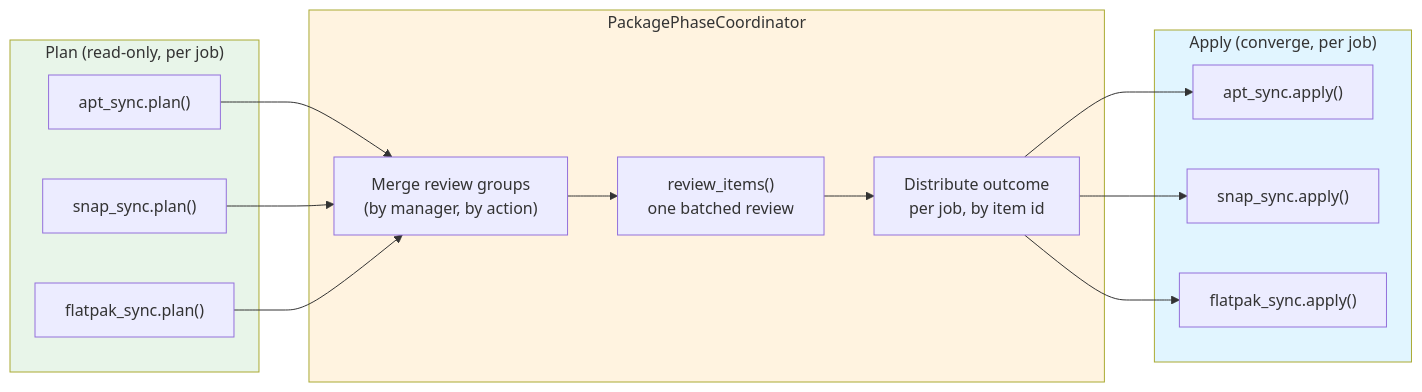
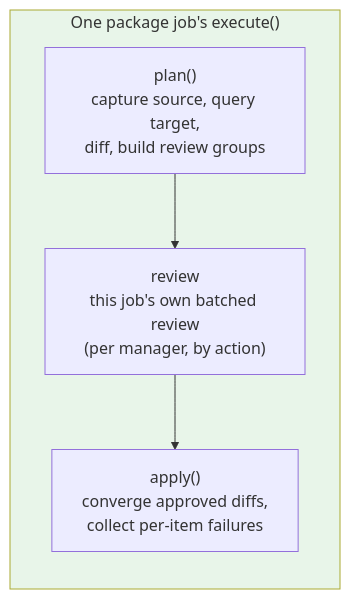
One commit to flaksit/pc-switcher changed the seventh of 7 diagrams in docs/system/architecture.md. Above: the diagram before and after it, drawn with Mermaid. The commit also changed other lines of this file and 2 other files, not shown here.

Commit message:
docs(02-20): correct docs/system living specs to post-delta package design
- Remove PackagePhaseCoordinator from architecture.md; describe each package
  job running plan/review/apply inside its own execute(), replace coordinator
  Mermaid subgraph with a single-job pipeline diagram, fix step-9 sync sequence
- core.md: point at jobs/packages/sync_core.py, drop coordinator-supplied-plan
  assertion, name all four jobs, add manual_installs_sync subsection
- data-model.md: snippet registry pushed by manual_installs_sync via send_file(),
  remove SYNCED_CONFIG_FILENAMES; name the fourth job

Entire-Checkpoint: 8ff6b81b824b

````diff
--- a/docs/system/architecture.md
+++ b/docs/system/architecture.md
@@ -377,32 +376,11 @@
 ```mermaid
 flowchart LR
-    subgraph Plan["Plan (read-only, per job)"]
-        A["apt_sync.plan()"]
-        S["snap_sync.plan()"]
-        F["flatpak_sync.plan()"]
+    subgraph Job["One package job's execute()"]
+        P["plan()<br/>capture source, query target,<br/>diff, build review groups"]
+        R["review<br/>this job's own batched review<br/>(per manager, by action)"]
+        A["apply()<br/>converge approved diffs,<br/>collect per-item failures"]
+        P --> R --> A
     end
 
-    subgraph Coordinator["PackagePhaseCoordinator"]
-        M["Merge review groups\n(by manager, by action)"]
-        R["review_items()\none batched review"]
-        D["Distribute outcome\nper job, by item id"]
-    end
-
-    subgraph Apply["Apply (converge, per job)"]
-        AA["apt_sync.apply()"]
-        SA["snap_sync.apply()"]
-        FA["flatpak_sync.apply()"]
-    end
-
-    A --> M
-    S --> M
-    F --> M
-    M --> R --> D
-    D --> AA
-    D --> SA
-    D --> FA
-
-    style Coordinator fill:#fff3e0
-    style Plan fill:#e8f5e9
-    style Apply fill:#e1f5ff
+    style Job fill:#e8f5e9
 ```
````
